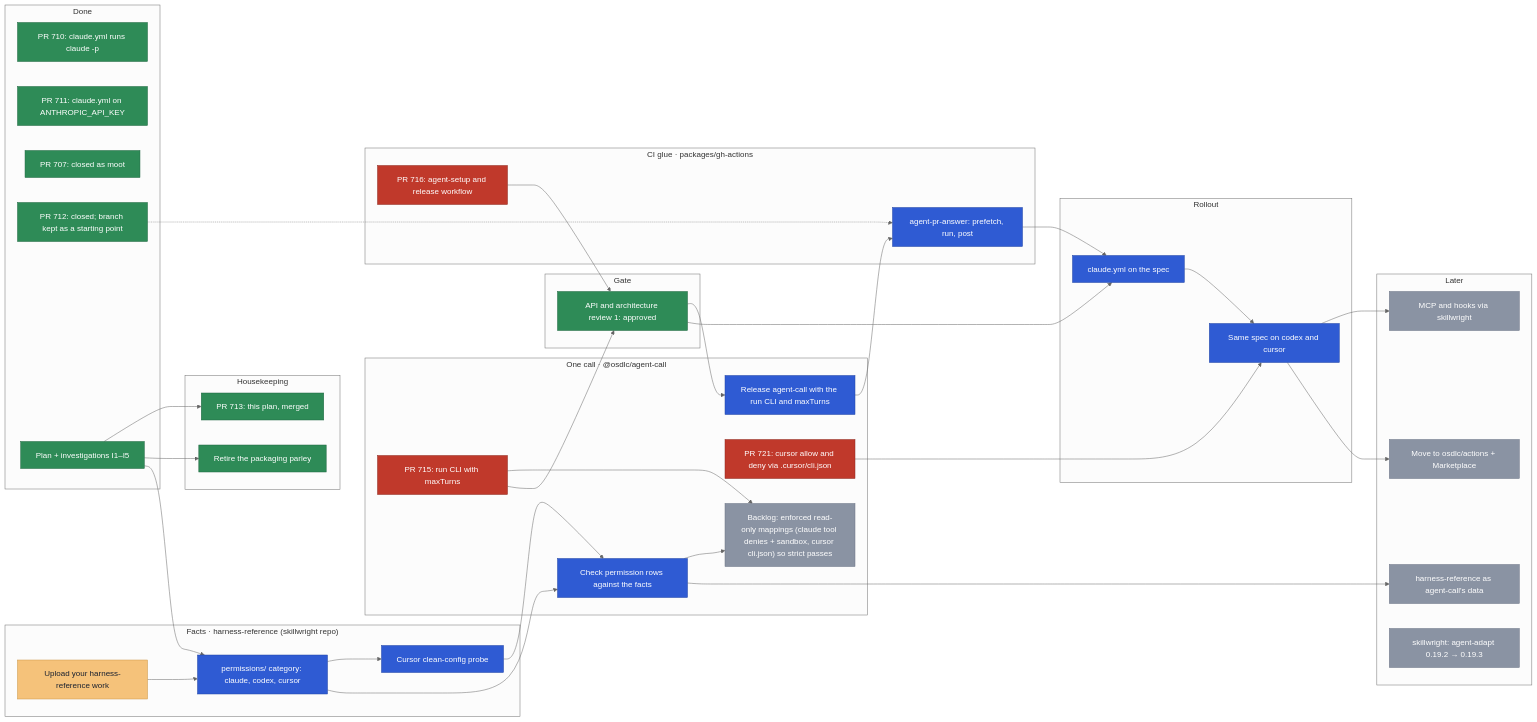
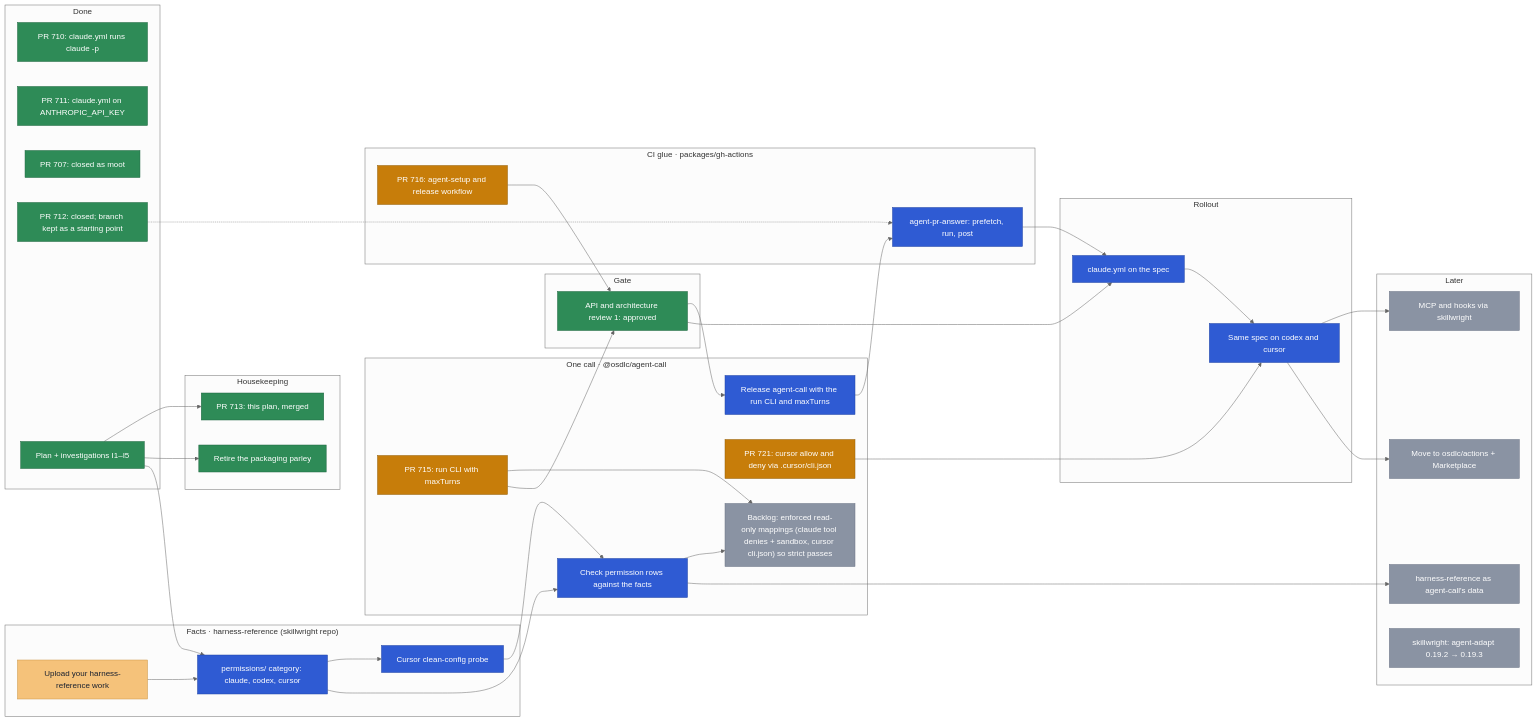
The diagram in docs/planning/agent-ci.md (osdlc/osdlc), drawn with Mermaid (neutral theme) before and after one commit. The commit also changed other lines of this file, not shown here.

````diff
--- a/docs/planning/agent-ci.md
+++ b/docs/planning/agent-ci.md
@@ -39,81 +39,81 @@
 ```mermaid
 flowchart LR
   subgraph done["Done"]
     W710["PR 710: claude.yml runs claude -p"]
     P711["PR 711: claude.yml on ANTHROPIC_API_KEY"]
     P707["PR 707: closed as moot"]
     P712["PR 712: closed; branch kept as a starting point"]
     PLAN["Plan + investigations I1–I5"]
   end
   subgraph house["Housekeeping"]
     PLANPR["PR 713: this plan, merged"]
     PARLEY["Retire the packaging parley"]
   end
   subgraph facts["Facts · harness-reference (skillwright repo)"]
     UP["Upload your harness-reference work"]
     PERM["permissions/ category: claude, codex, cursor"]
     PROBE["Cursor clean-config probe"]
   end
   subgraph call["One call · @osdlc/agent-call"]
     RUN["PR 715: run CLI with maxTurns"]
     CHECK["Check permission rows against the facts"]
     STRICT["Backlog: enforced read-only mappings (claude tool denies + sandbox, cursor cli.json) so strict passes"]
     CUR["PR 721: cursor allow and deny via .cursor/cli.json"]
     REL["Release agent-call with the run CLI and maxTurns"]
   end
   subgraph gate["Gate"]
     ARCH["API and architecture review 1: approved"]
   end
   subgraph acts["CI glue · packages/gh-actions"]
     SETUP["PR 716: agent-setup and release workflow"]
     ANS["agent-pr-answer: prefetch, run, post"]
   end
   subgraph roll["Rollout"]
     SPEC["claude.yml on the spec"]
     MULTI["Same spec on codex and cursor"]
   end
   subgraph later["Later"]
     MCP["MCP and hooks via skillwright"]
     PUB["Move to osdlc/actions + Marketplace"]
     DATA["harness-reference as agent-call's data"]
     PIN["skillwright: agent-adapt 0.19.2 → 0.19.3"]
   end
 
   PLAN --> PLANPR
   PLAN --> PARLEY
   UP --> PERM
   PLAN --> PERM
   PERM --> PROBE
   PERM --> CHECK
   CHECK --> STRICT
   RUN --> STRICT
   PROBE --> CHECK
   P712 -.-> ANS
   RUN --> ARCH
   SETUP --> ARCH
   ARCH --> REL
   REL --> ANS
   ARCH --> SPEC
   ANS --> SPEC
   SPEC --> MULTI
   CUR --> MULTI
   MULTI --> MCP
   MULTI --> PUB
   CHECK --> DATA
 
   classDef done fill:#2e8b57,stroke:#1f6640,color:#ffffff
   classDef review fill:#0f8a8a,stroke:#0a6666,color:#ffffff
   classDef ready fill:#7a4fc2,stroke:#5a3596,color:#ffffff
   classDef blocked fill:#c0392b,stroke:#8e2a20,color:#ffffff
   classDef external fill:#e88fb4,stroke:#b8628a,color:#1b2230
   classDef active fill:#c77d0a,stroke:#94600a,color:#ffffff
   classDef yours fill:#f5c27a,stroke:#c99545,color:#1b2230
   classDef next fill:#2f5bd3,stroke:#2144a3,color:#ffffff
   classDef later fill:#8a93a3,stroke:#6b7384,color:#ffffff
   class W710,P711,P707,P712,PLAN,PARLEY,PLANPR,ARCH done
   class UP yours
-  class RUN,SETUP blocked
+  class RUN,SETUP active
   class PERM,PROBE,CHECK,REL,ANS,SPEC,MULTI next
-  class CUR blocked
+  class CUR active
   class MCP,PUB,DATA,PIN,STRICT later
 ```
````
